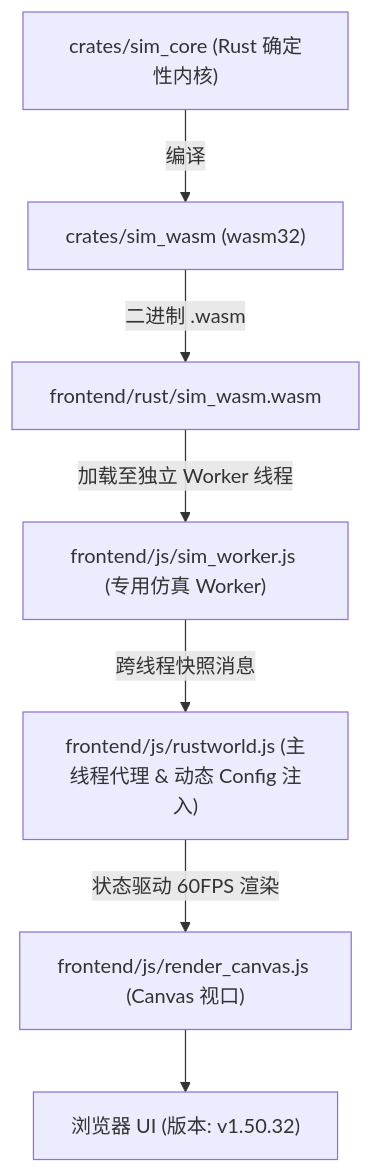
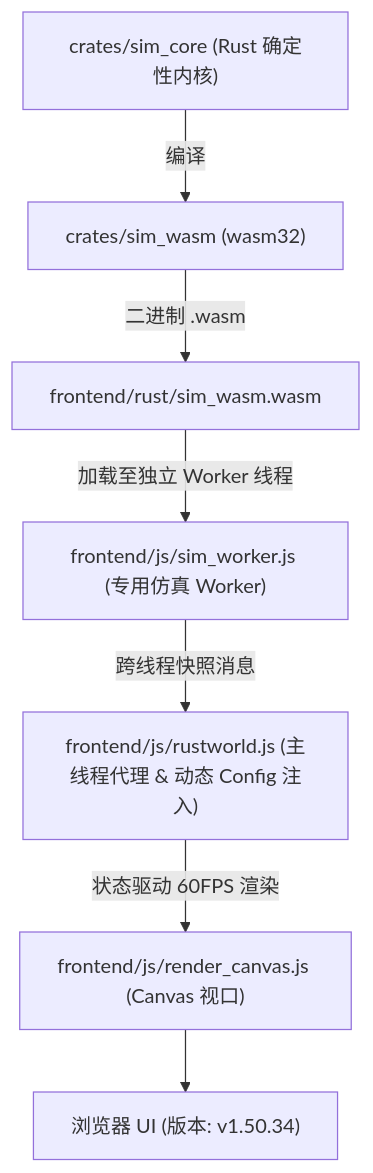
One commit to g39088902/FlowAndAccord changed the diagram in AGENTS.md. Above: the diagram before and after it, drawn with Mermaid. The commit also changed other lines of this file and 27 other files, not shown here.

````diff
--- a/AGENTS.md
+++ b/AGENTS.md
@@ -61,9 +61,9 @@
 ```mermaid
 graph TD
     A["crates/sim_core (Rust 确定性内核)"] -->|编译| B["crates/sim_wasm (wasm32)"]
     B -->|二进制 .wasm| C["frontend/rust/sim_wasm.wasm"]
     C -->|加载至独立 Worker 线程| D["frontend/js/sim_worker.js (专用仿真 Worker)"]
     D -->|跨线程快照消息| E["frontend/js/rustworld.js (主线程代理 & 动态 Config 注入)"]
     E -->|状态驱动 60FPS 渲染| F["frontend/js/render_canvas.js (Canvas 视口)"]
-    F --> G["浏览器 UI (版本: v1.50.32)"]
+    F --> G["浏览器 UI (版本: v1.50.34)"]
 ```
````
